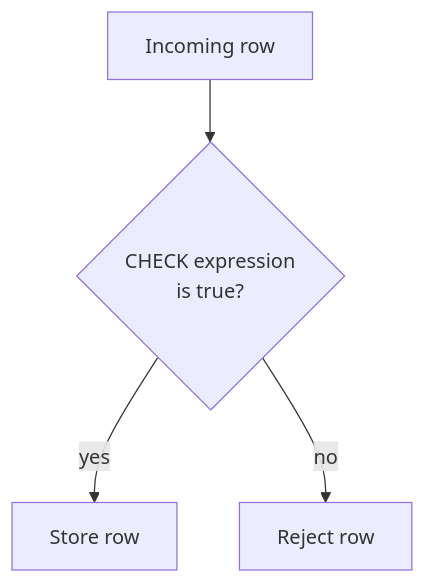
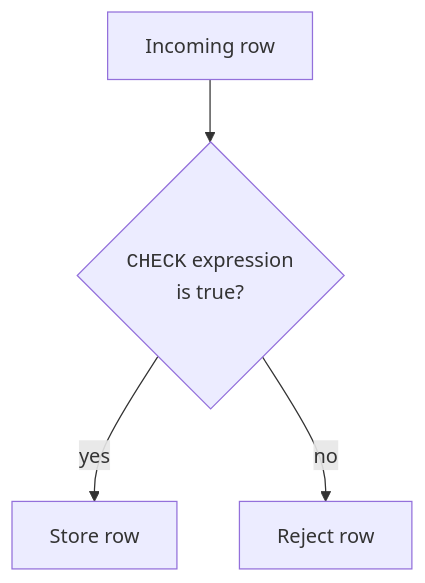
One commit to dataslope/dataslope changed the first of 5 diagrams in content/courses/database-design-postgresql/check-constraints.mdx. Above: the diagram before and after it, drawn with Mermaid. The commit also changed other lines of this file and 283 other files, not shown here.

First line of the commit message:
Diagrams as elements, not characters: fix the box model, sweep the corpus, and make syntax breakdowns a convention (#652)

````diff
--- a/content/courses/database-design-postgresql/check-constraints.mdx
+++ b/content/courses/database-design-postgresql/check-constraints.mdx
@@ -21,6 +29,6 @@
 ```mermaid
 flowchart TD
-    Row["Incoming row"] --> Check{"CHECK expression<br/>is true?"}
+    Row["Incoming row"] --> Check{"<code>CHECK</code> expression<br/>is true?"}
     Check -->|yes| Store["Store row"]
     Check -->|no| Reject["Reject row"]
 ```
````
